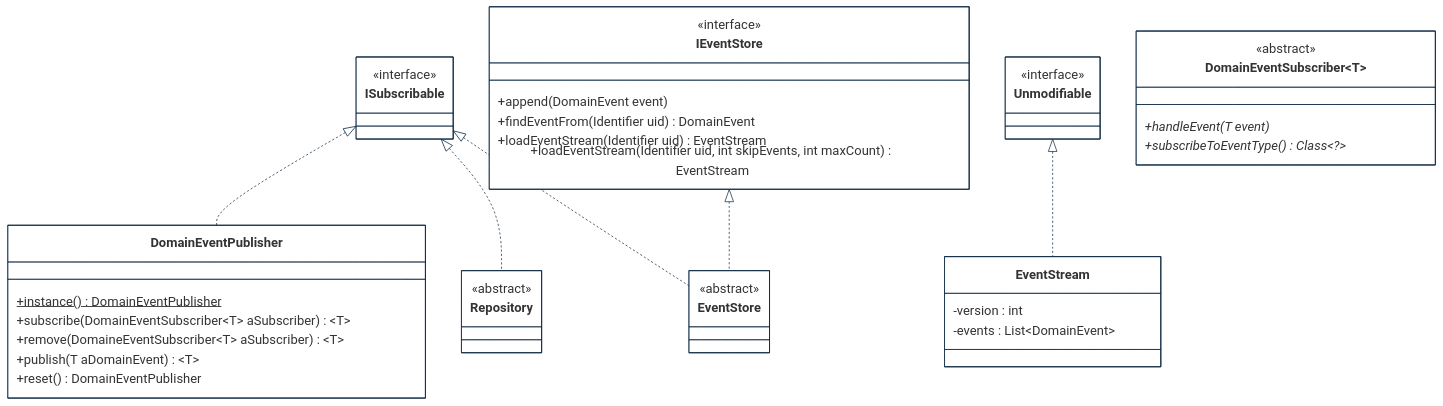
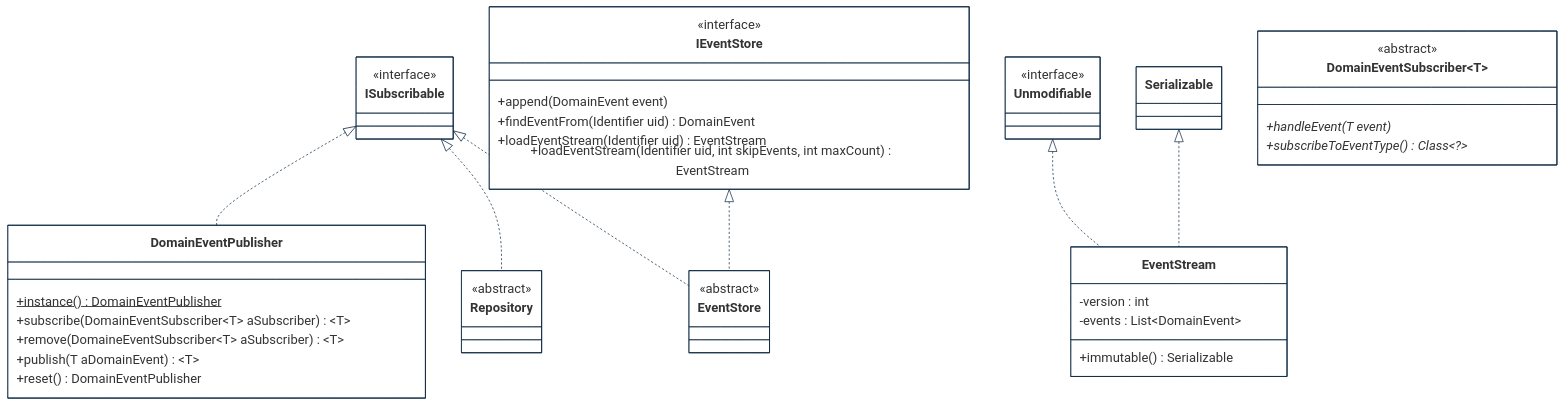
One commit to cybnity/foundation changed the third of 5 diagrams in implementations-line/framework/domain/designview-packages.md. Above: the diagram before and after it, drawn with Mermaid. The commit also changed other lines of this file, not shown here.

````diff
--- a/implementations-line/framework/domain/designview-packages.md
+++ b/implementations-line/framework/domain/designview-packages.md
@@ -96,62 +102,64 @@
 ```mermaid
 %%{
   init: {
     'theme': 'base',
     'themeVariables': {
         'background': '#ffffff',
         'fontFamily': 'arial',
         'fontSize': '18px',
         'primaryColor': '#fff',
         'primaryBorderColor': '#0e2a43',
         'secondaryBorderColor': '#0e2a43',
         'tertiaryBorderColor': '#0e2a43',
         'edgeLabelBackground':'#0e2a43',
         'lineColor': '#0e2a43',
         'tertiaryColor': '#fff'
     }
   }
 }%%
 classDiagram
     ISubscribable <|.. DomainEventPublisher
     ISubscribable <|.. Repository
     ISubscribable <|.. EventStore
     IEventStore <|.. EventStore
     Unmodifiable <|.. EventStream
+    Serializable <|.. EventStream
 
     class ISubscribable {
         <<interface>>
     }
     class EventStore {
         <<abstract>>
     }
     class IEventStore {
         <<interface>>
         +append(DomainEvent event)
         +findEventFrom(Identifier uid) DomainEvent
         +loadEventStream(Identifier uid) EventStream
         +loadEventStream(Identifier uid, int skipEvents, int maxCount) EventStream
     }
     class Repository {
         <<abstract>>
     }
     class DomainEventSubscriber~T~ {
         <<abstract>>
         +handleEvent(T event)*
         +subscribeToEventType()* Class~?~
     }
     class DomainEventPublisher {
         +instance()$ DomainEventPublisher
         +subscribe(DomainEventSubscriber~T~ aSubscriber) ~T~
         +remove(DomaineEventSubscriber~T~ aSubscriber) ~T~
         +publish(T aDomainEvent) ~T~
         +reset() DomainEventPublisher
     }
     class EventStream {
         -version : int
         -events : List~DomainEvent~
+        +immutable() Serializable
     }
     class Unmodifiable {
         <<interface>>
     }
 
 ```
````
